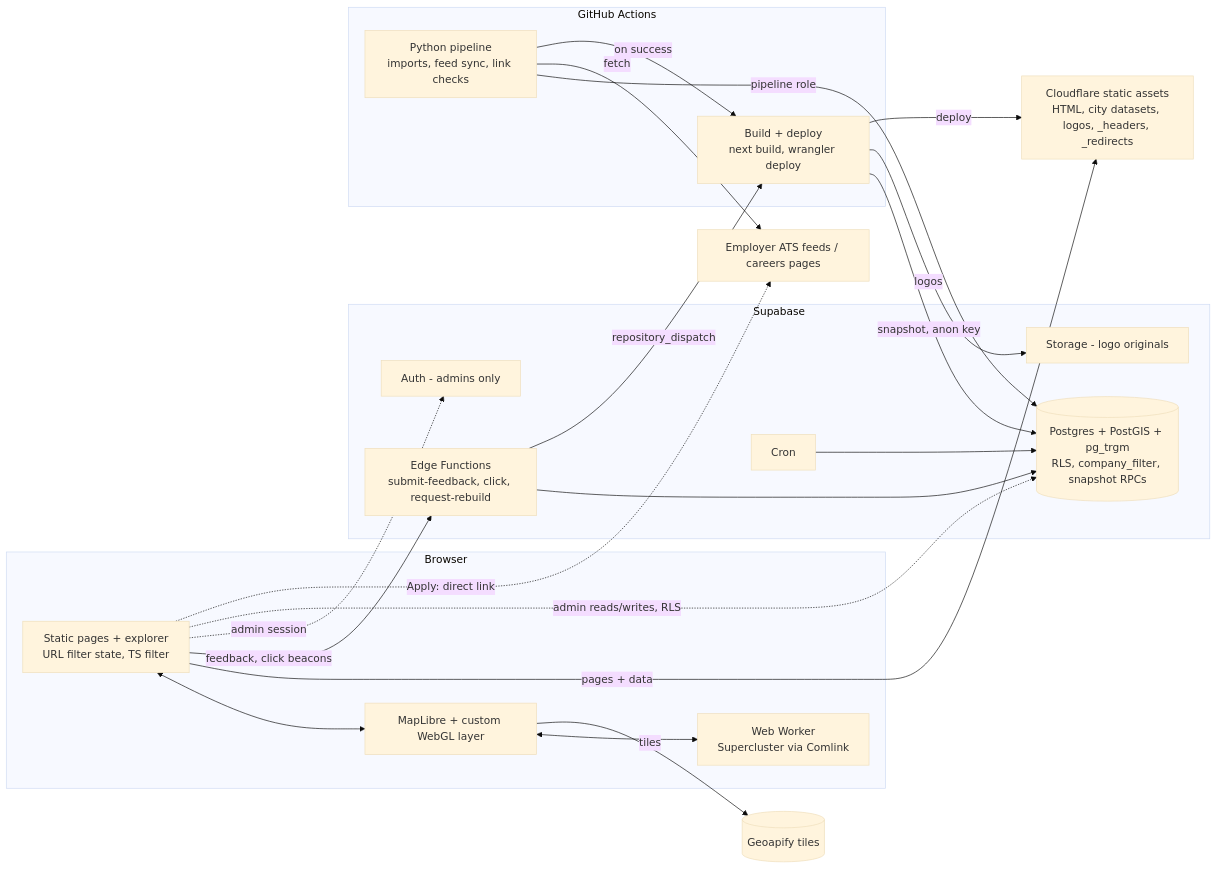
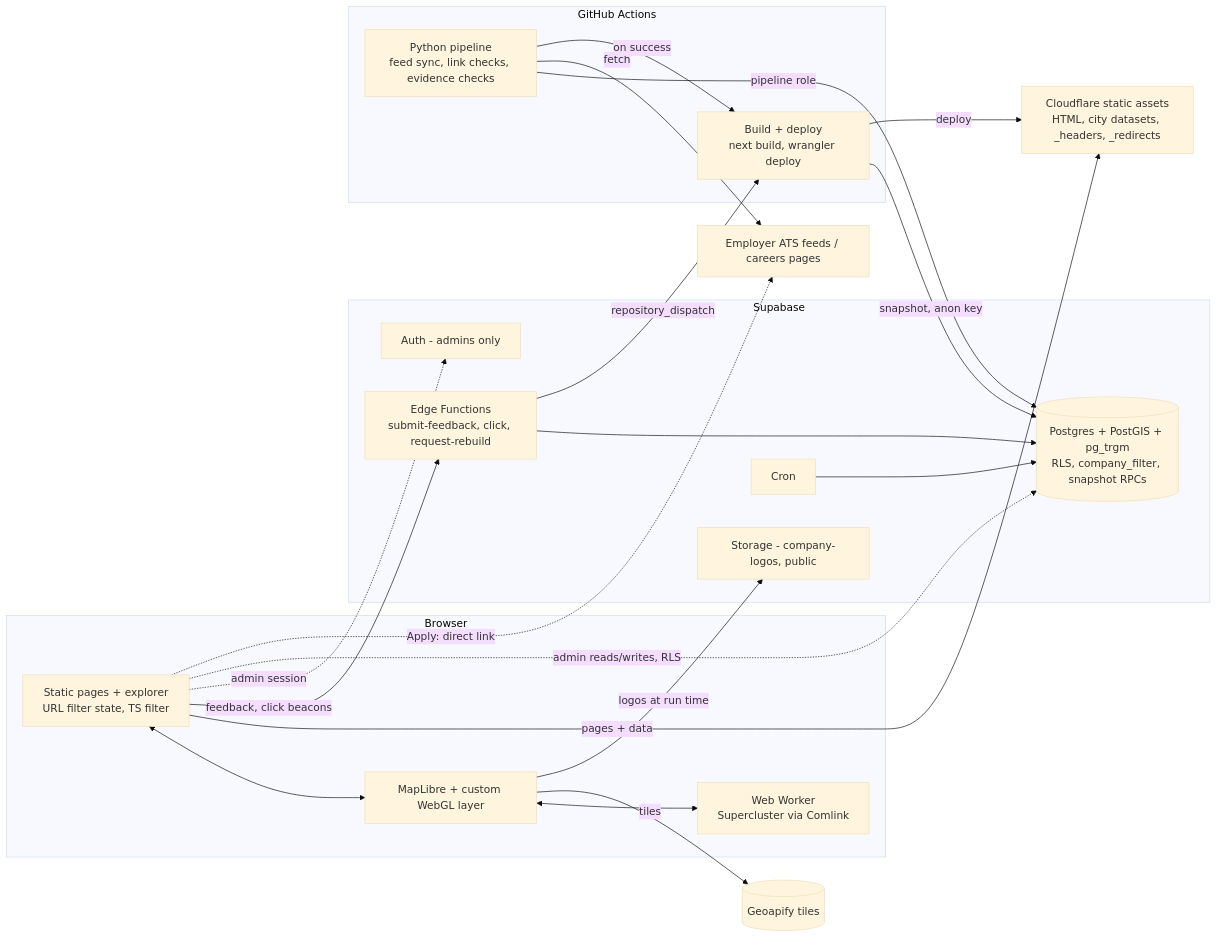
One commit to mpdhanveer05-prakash/City-Based-Job-Map changed the diagram in docs/architecture.md. Above: the diagram before and after it, drawn with Mermaid (base theme). The commit also changed other lines of this file and 68 other files, not shown here.

First line of the commit message:
SEC-1..4, publication loophole, listed offices; disposable test stack and guards; DEP-1 build features; DEP-2 content-versioned datasets (ADR-0025 proposed); stale docs corrected

````diff
--- a/docs/architecture.md
+++ b/docs/architecture.md
@@ -22,40 +22,40 @@
 ```mermaid
 flowchart LR
   subgraph Browser
     UI[Static pages + explorer<br/>URL filter state, TS filter]
     MAP[MapLibre + custom WebGL layer]
     W[Web Worker<br/>Supercluster via Comlink]
     UI <--> MAP
     MAP <--> W
   end
   GEO[(Geoapify tiles)]
-  PAGES[Cloudflare static assets<br/>HTML, city datasets, logos, _headers, _redirects]
+  PAGES[Cloudflare static assets<br/>HTML, city datasets, _headers, _redirects]
   subgraph Supabase
     PG[(Postgres + PostGIS + pg_trgm<br/>RLS, company_filter, snapshot RPCs)]
     AU[Auth - admins only]
-    ST[Storage - logo originals]
+    ST[Storage - company-logos, public]
     EF[Edge Functions<br/>submit-feedback, click, request-rebuild]
     CR[Cron]
   end
   subgraph GitHub Actions
     BUILD[Build + deploy<br/>next build, wrangler deploy]
-    PIPE[Python pipeline<br/>imports, feed sync, link checks]
+    PIPE[Python pipeline<br/>feed sync, link checks, evidence checks]
   end
   EMP[Employer ATS feeds / careers pages]
 
   UI -- pages + data --> PAGES
   MAP -- tiles --> GEO
   UI -- feedback, click beacons --> EF
   UI -. admin session .-> AU
   UI -. admin reads/writes, RLS .-> PG
   EF --> PG
   EF -- repository_dispatch --> BUILD
   PIPE -- pipeline role --> PG
   PIPE -- fetch --> EMP
   PIPE -- on success --> BUILD
   BUILD -- snapshot, anon key --> PG
-  BUILD -- logos --> ST
+  MAP -- logos at run time --> ST
   BUILD -- deploy --> PAGES
   CR --> PG
   UI -. Apply: direct link .-> EMP
 ```
````
